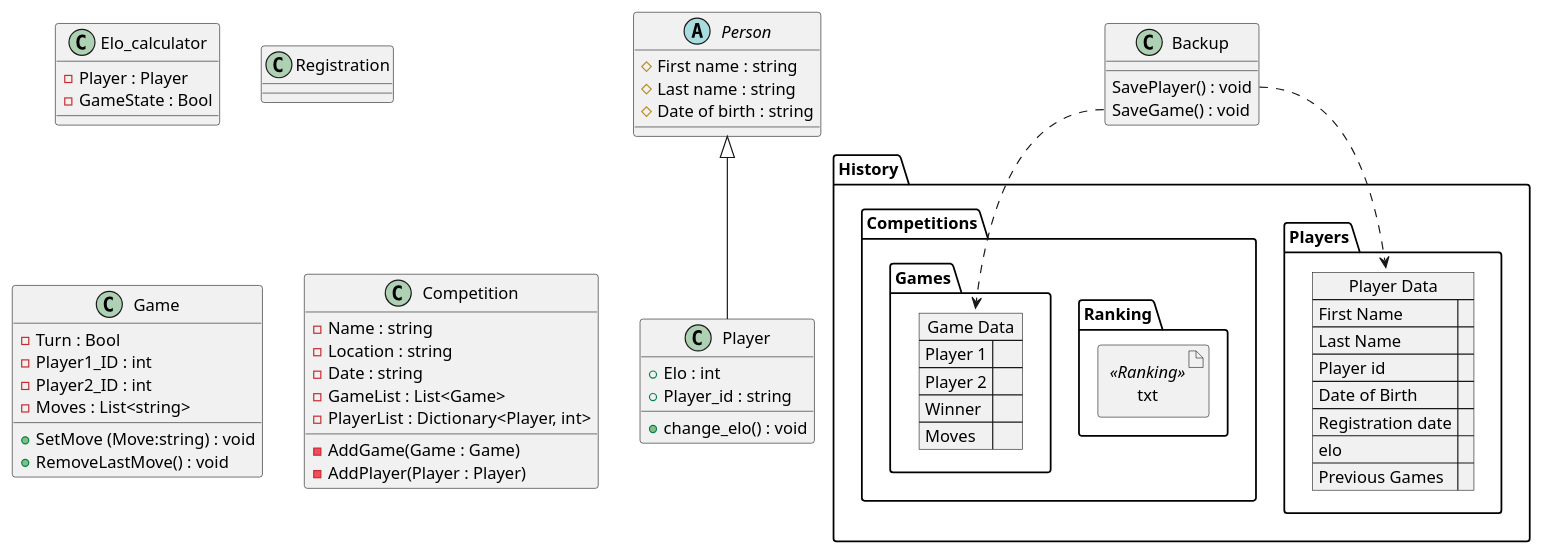
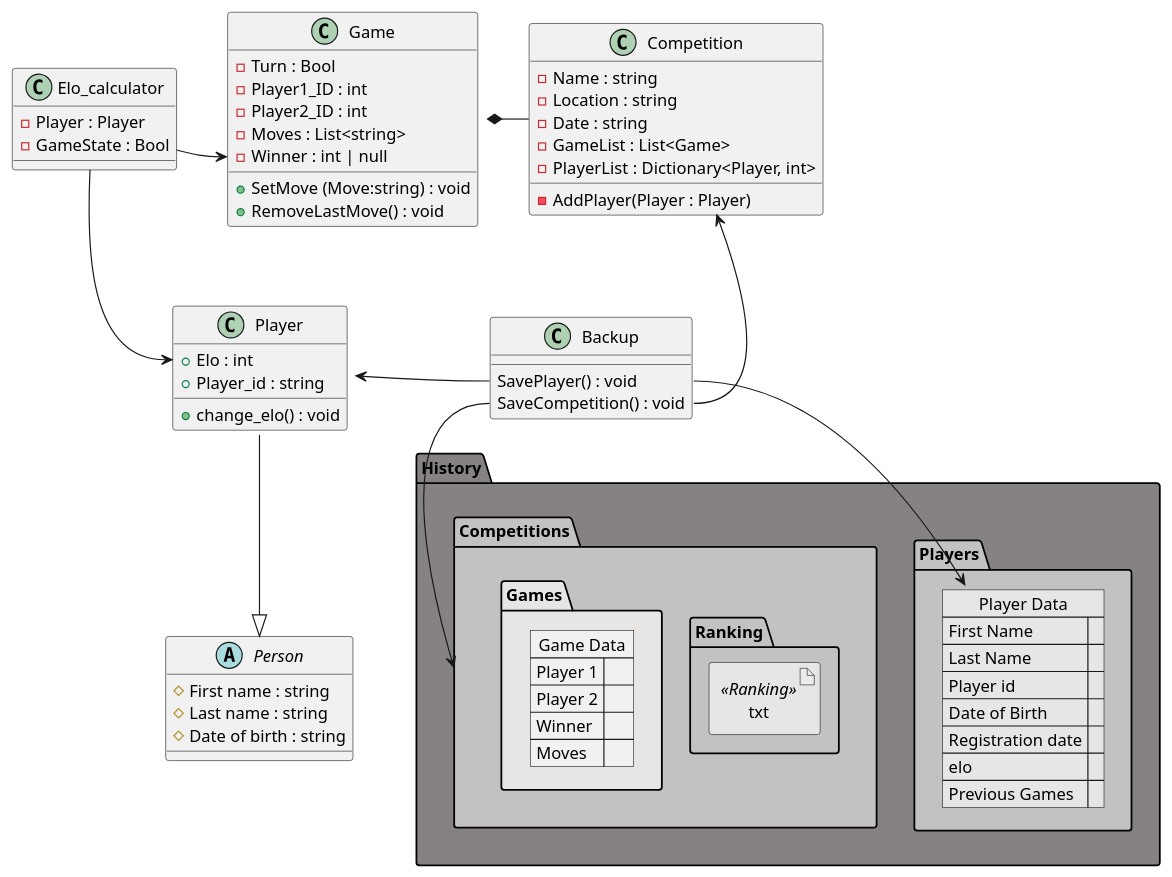
The diagram in Class_diagram.puml (TariqKalai/PO3L--Chess-DB), drawn with PlantUML before and after one commit.

Commit message:
Cleaner Class Diagram

```diff
--- a/Class_diagram.puml
+++ b/Class_diagram.puml
@@ -1,112 +1,133 @@
 @startuml Class_diagram
-Person <|-- Player
+
+
+Person <|-up- Player
+Player::Elo <-up- Elo_calculator
+Competition -left-* Game
+Backup::SaveCompetition -up-> Competition
+Backup::SavePlayer -left-> Player
+Game::Winner <-left- Elo_calculator
+
 
 
 'Definition of the person class
-
 abstract class  Person {
     # First name : string
     # Last name : string 
     # Date of birth : string
 
 }
 
 
 'Definition of the player class
 class Player {  
     + Elo : int
     + Player_id : string
 
     + change_elo() : void
 }
 
+
+'Definition the the Backup class
 class Backup {
     SavePlayer() : void
-    SaveGame() : void
+    SaveCompetition() : void
 }
 
+
+
+'Definition the the Elo calculator class
 Class Elo_calculator {
 
     - Player : Player
     - GameState : Bool
 
 }
 
-Class Registration {
 
 
-}
 
+'Definition the the Game class
 Class Game {
     - Turn : Bool
     - Player1_ID : int
     - Player2_ID : int
     - Moves : List<string>
+    - Winner : int | null
 
     + SetMove (Move:string) : void
     + RemoveLastMove() : void
 
 }
 
+
+
+'Definition the the Competition class
 Class Competition{
     - Name : string
     - Location : string
     - Date : string
     - GameList : List<Game>
     - PlayerList : Dictionary<Player, int>
 
 
-    - AddGame(Game : Game)
     - AddPlayer(Player : Player)
 
 
 
 }
 
-
-package "History" {
+'Definition the the History package
+package "History"  #746f6fdd {
 
     
-    package "Players" as Playerfolder{
+    package "Players" as Playerfolder #cdcbcbdd{
 
-    json "Player Data" as PlayerData {
+    json "Player Data" as PlayerData #eeebebdd{
         "First Name" : "",
         "Last Name": "",
         "Player id": "" ,
         "Date of Birth" :"" ,
         "Registration date" :"" ,
         "elo" : "",
         "Previous Games" : "" 
 
     }
 
-    Backup::SavePlayer ..> PlayerData
+
+'HERE IS A RELATIONNNNN-----------------------------------------
+    Backup::SavePlayer --> PlayerData
 
     }
 
-    package "Competitions" as CompetitionFolder  {
+    package "Competitions" as CompetitionFolder #cdcbcbdd {
 
-        artifact "Ranking.txt" <<Ranking>>{
+        artifact "Ranking.txt" <<Ranking>> #eeebebdd{
 
         }
-        package Games as Gamefolder {
-        json "Game Data" as Gamedata {
+        package Games as Gamefolder #eeebebdd {
+        json "Game Data" as Gamedata  {
             "Player 1" : "",
             "Player 2" : "",
             "Winner" : "",
             "Moves" : ""
         }
         }
-        Backup::SaveGame ..> Gamedata
+        
+        
     }
 
+
+'HERE IS A RELATIONNNNN-----------------------------------------
+
+    Backup::SaveCompetition --> CompetitionFolder
 }
 
 /'
 person
 player
 Admin 
 compet 
 match
 '/
 @enduml
```
